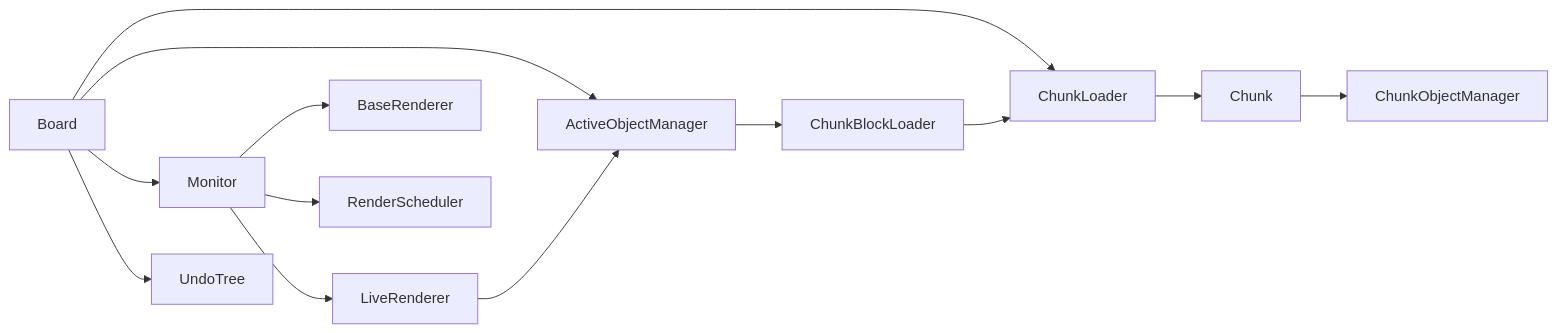
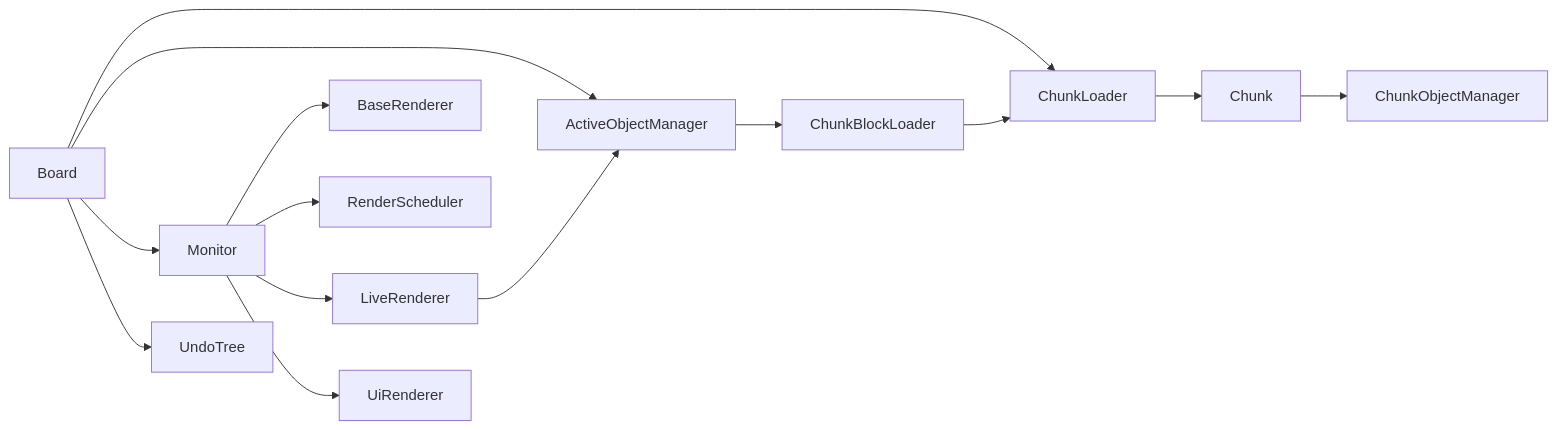
The diagram in src/core/components/docs/components-document.md (Frank-Steven/HoundWhiteboard), drawn with Mermaid before and after one commit. The commit also changed other lines of this file and 30 other files, not shown here.

````diff
--- a/src/core/components/docs/components-document.md
+++ b/src/core/components/docs/components-document.md
@@ -22,27 +23,29 @@
 ```mermaid
 graph LR
   B["Board"]
   C["Chunk"]
   CL["ChunkLoader"]
   COM["ChunkObjectManager"]
   AOM["ActiveObjectManager"]
   CBL["ChunkBlockLoader"]
   M["Monitor"]
   BR["BaseRenderer"]
   RS["RenderScheduler"]
   LR["LiveRenderer"]
+  UR["UiRenderer"]
   UT["UndoTree"]
 
   B --> CL
   CL --> C
   C --> COM
   B --> AOM
   B --> M
   B --> UT
   CBL --> CL
   AOM --> CBL
   M --> BR
   M --> RS
   M --> LR
+  M --> UR
   LR --> AOM
 ```
````
